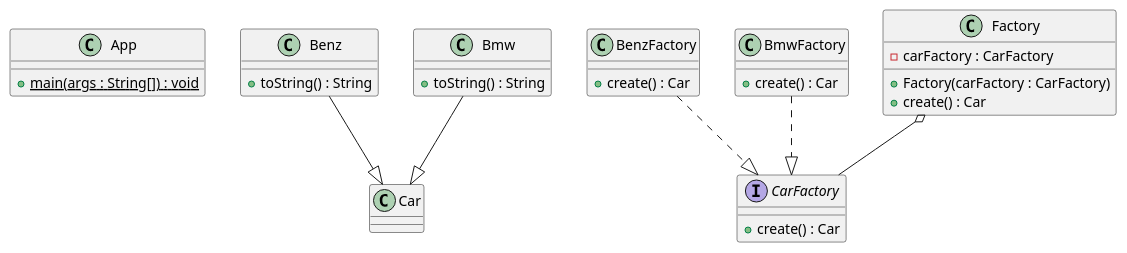
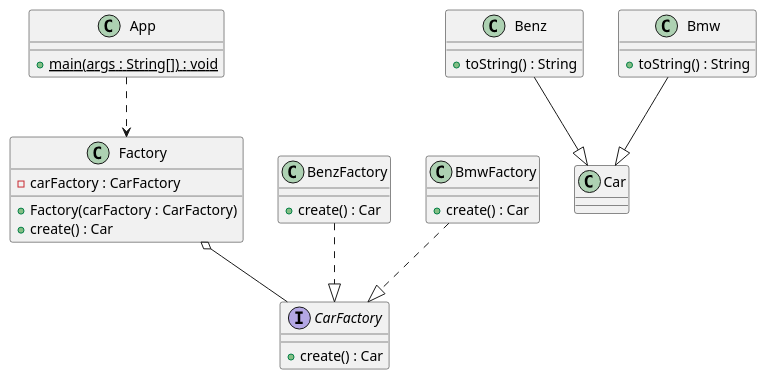
One commit to bsyonline/microlabs changed the diagram in design-pattern/src/main/java/com/rolex/microlabs/creational/factory/factorymethod/uml/factory_method.puml. Above: the diagram before and after it, drawn with PlantUML.

```diff
--- a/design-pattern/src/main/java/com/rolex/microlabs/creational/factory/factorymethod/uml/factory_method.puml
+++ b/design-pattern/src/main/java/com/rolex/microlabs/creational/factory/factorymethod/uml/factory_method.puml
@@ -1,39 +1,40 @@
 @startuml
 
 class App {
     + main(args : String[]) {static} : void
 }
 
 class Car
 class Benz {
     + toString() : String
 }
 class Bmw {
     + toString() : String
 }
 
 interface CarFactory {
     + create() : Car
 }
 
 class BenzFactory {
     + create() : Car
 }
 
 class BmwFactory {
     + create() : Car
 }
 
 class Factory {
     - carFactory : CarFactory
     + Factory(carFactory : CarFactory)
     + create() : Car
 }
 
 Benz --|> Car
 Bmw --|> Car
 BenzFactory ..|> CarFactory
 BmwFactory ..|> CarFactory
 Factory o-- CarFactory
+App ..> Factory
 
 @enduml
```
